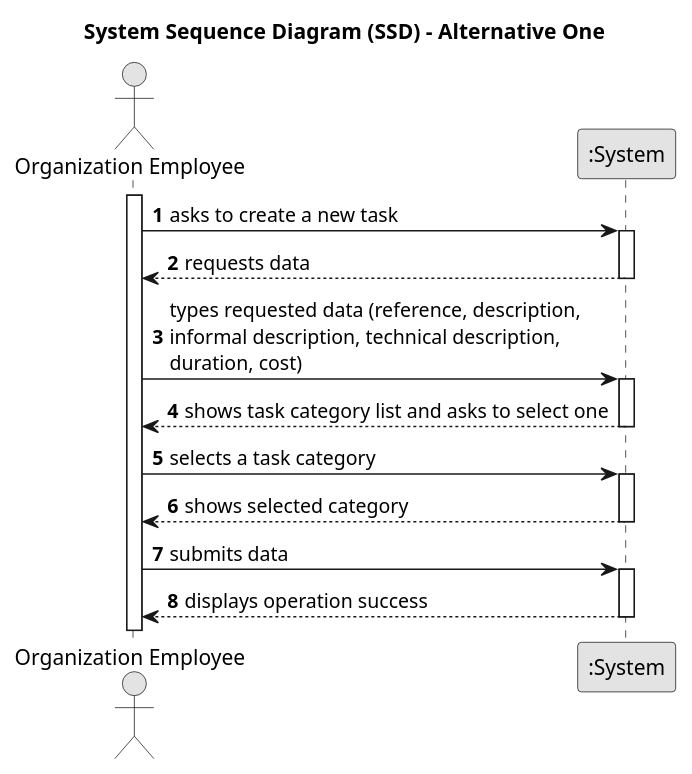
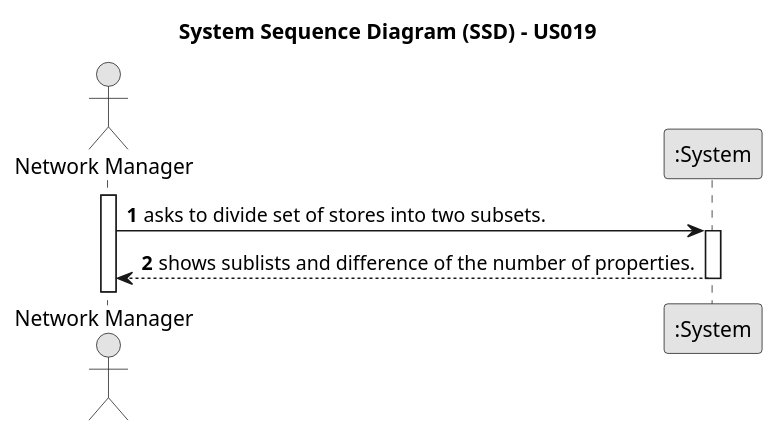
One commit to rita-barbosa/LAPR2-2223 changed the diagram in docs/sprintD/us019/01.requirements-engineering/puml/us019-system-sequence-diagram.puml. Above: the diagram before and after it, drawn with PlantUML. The commit also changed 1 other file, not shown here.

Commit message:
Add system sequence diagram [US019][Requirements Engineering][#05 Task]

```diff
--- a/docs/sprintD/us019/01.requirements-engineering/puml/us019-system-sequence-diagram.puml
+++ b/docs/sprintD/us019/01.requirements-engineering/puml/us019-system-sequence-diagram.puml
@@ -1,39 +1,20 @@
 @startuml
 skinparam monochrome true
 skinparam packageStyle rectangle
 skinparam shadowing false
 
-title System Sequence Diagram (SSD) - Alternative One
+title System Sequence Diagram (SSD) - US019
 
 autonumber
-
-actor "Organization Employee" as Employee
+actor "Network Manager" as Employee
 participant ":System" as System
 
 activate Employee
 
-    Employee -> System : asks to create a new task
+    Employee -> System : asks to divide set of stores into two subsets.
     activate System
 
-        System --> Employee : requests data
-    deactivate System
-
-    Employee -> System : types requested data (reference, description, \ninformal description, technical description,\nduration, cost)
-    activate System
-
-        System --> Employee : shows task category list and asks to select one
-    deactivate System
-
-    Employee -> System : selects a task category
-    activate System
-
-        System --> Employee : shows selected category
-    deactivate System
-
-    Employee -> System : submits data
-    activate System
-
-        System --> Employee : displays operation success
+    System --> Employee : shows sublists and difference of the number of properties.
     deactivate System
 
 @enduml
```
